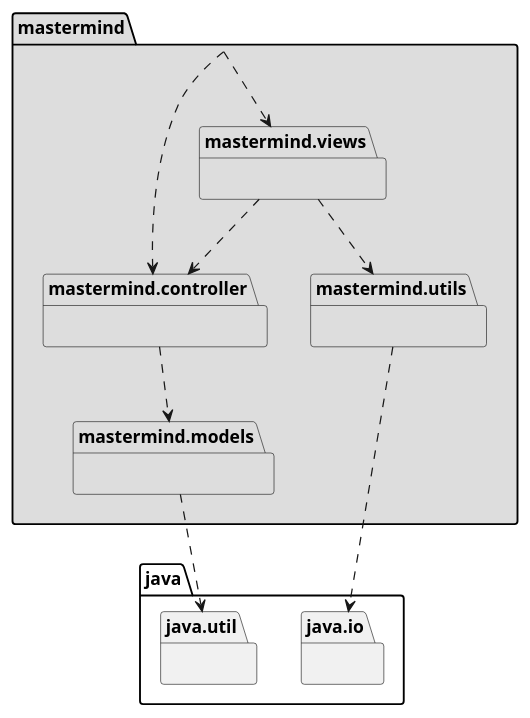
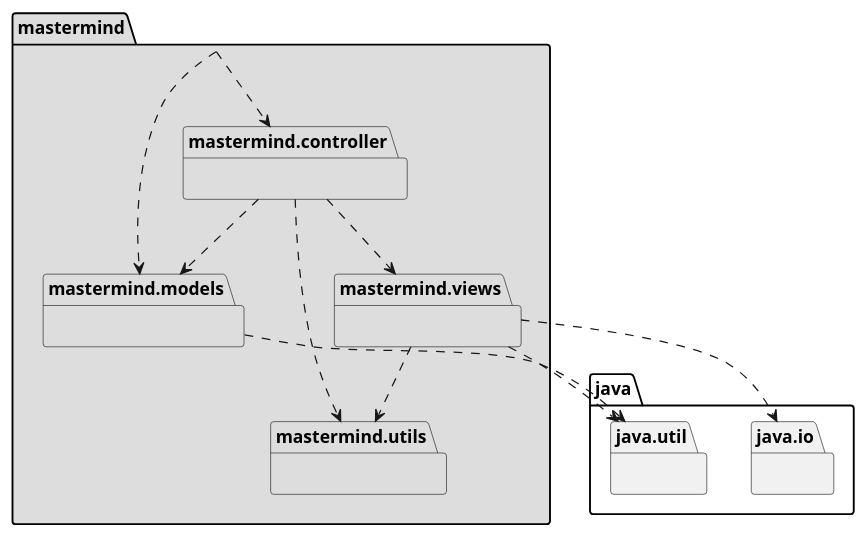
The diagram in docs/uml/MasterMindArquitecture.puml (TheMercuryBeat/MasterMind), drawn with PlantUML before and after one commit. The commit also changed 9 other files, not shown here.

Commit message:
[uml] Update uml diagrams

```diff
--- a/docs/uml/MasterMindArquitecture.puml
+++ b/docs/uml/MasterMindArquitecture.puml
@@ -1,19 +1,24 @@
 @startuml
 
     package mastermind #DDDDDD { }
     package mastermind.models #DDDDDD { }
     package mastermind.controller #DDDDDD{ }
     package mastermind.views #DDDDDD { }
     package mastermind.utils #DDDDDD { }
     package java.util{ }
     package java.io{ }
 
     mastermind .down.> mastermind.controller
-    mastermind .down.> mastermind.views
+    mastermind .down.> mastermind.models
     mastermind.controller .down.> mastermind.models
-    mastermind.views .down.> mastermind.controller
+    mastermind.controller .down.> mastermind.views
+    mastermind.controller .down.> mastermind.utils
     mastermind.views .down.> mastermind.utils
+    mastermind.views .down.> java.io
+    mastermind.views .down.> java.util
     mastermind.models .down.> java.util
-    mastermind.utils .down.> java.io
+
+
+
 
 @enduml
```
